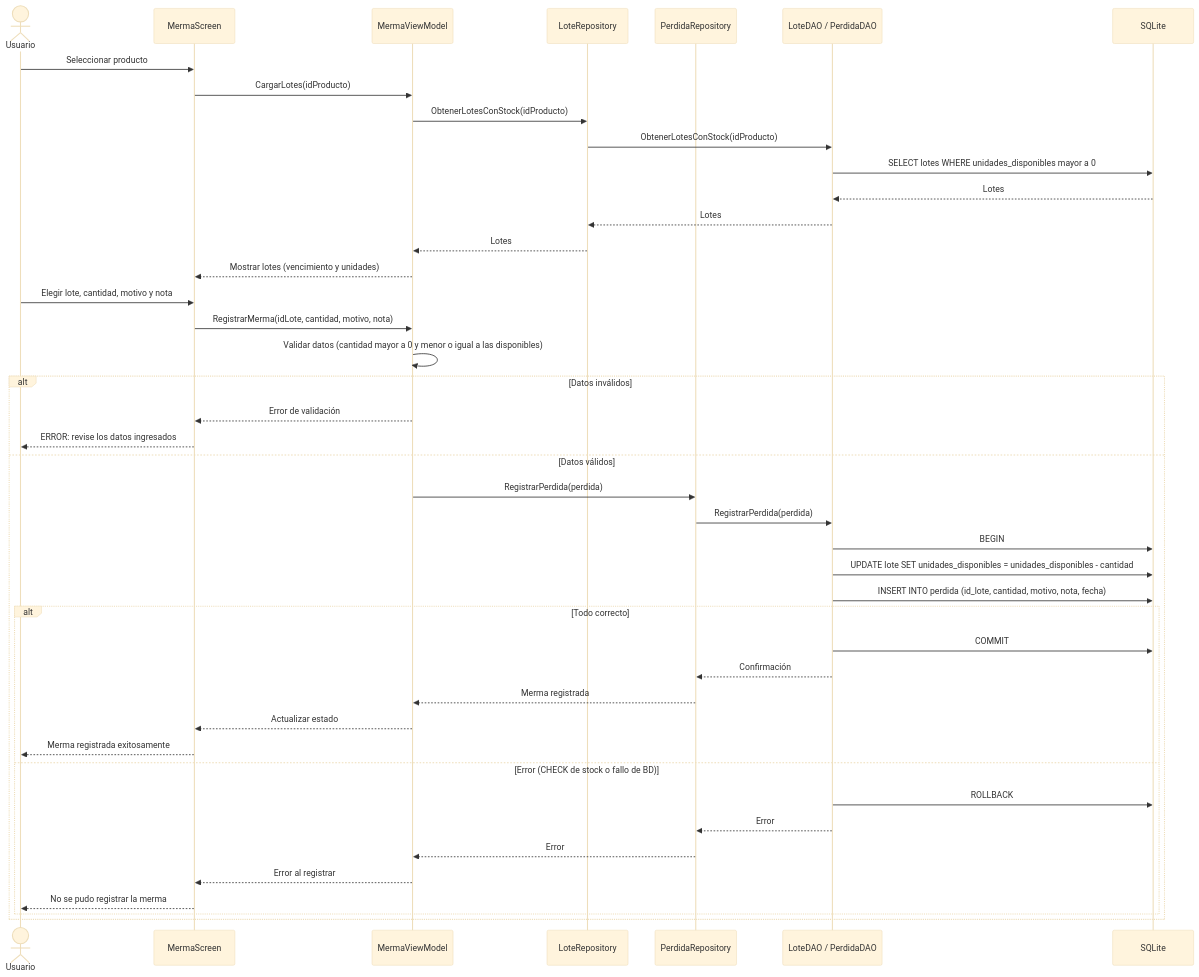
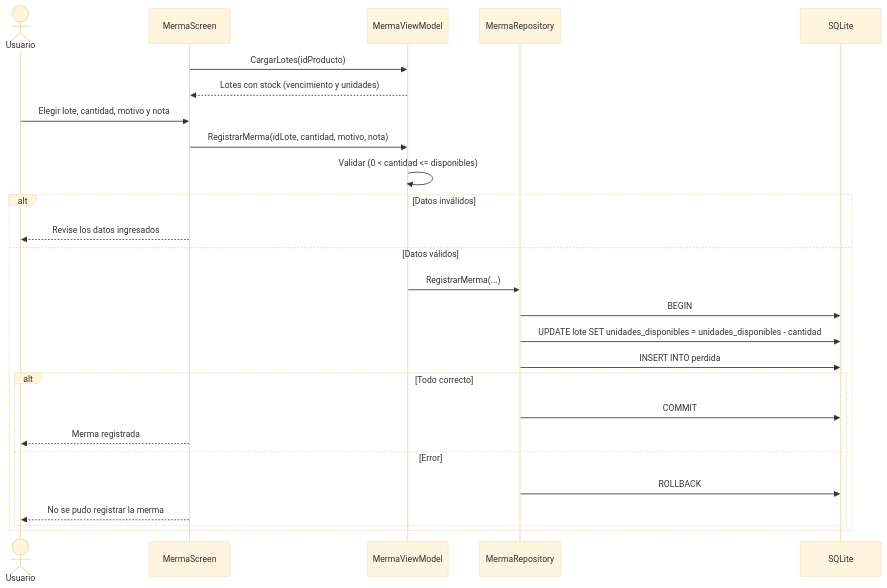
One commit to CokkeDev/Mi-Negocio changed the sixth of 6 diagrams in README.md. Above: the diagram before and after it, drawn with Mermaid (base theme). The commit also changed other lines of this file and 7 other files, not shown here.

````diff
--- a/README.md
+++ b/README.md
@@ -285,49 +293,29 @@
 ```mermaid
 sequenceDiagram
     actor Usuario
     participant View as MermaScreen
     participant VM as MermaViewModel
-    participant LRepo as LoteRepository
-    participant PRepo as PerdidaRepository
-    participant DAO as LoteDAO / PerdidaDAO
+    participant Repo as MermaRepository
     participant DB as SQLite
 
-    Usuario->>View: Seleccionar producto
     View->>VM: CargarLotes(idProducto)
-    VM->>LRepo: ObtenerLotesConStock(idProducto)
-    LRepo->>DAO: ObtenerLotesConStock(idProducto)
-    DAO->>DB: SELECT lotes WHERE unidades_disponibles mayor a 0
-    DB-->>DAO: Lotes
-    DAO-->>LRepo: Lotes
-    LRepo-->>VM: Lotes
-    VM-->>View: Mostrar lotes (vencimiento y unidades)
-
+    VM-->>View: Lotes con stock (vencimiento y unidades)
     Usuario->>View: Elegir lote, cantidad, motivo y nota
     View->>VM: RegistrarMerma(idLote, cantidad, motivo, nota)
-    VM->>VM: Validar datos (cantidad mayor a 0 y menor o igual a las disponibles)
-
+    VM->>VM: Validar (0 < cantidad <= disponibles)
     alt Datos inválidos
-        VM-->>View: Error de validación
-        View-->>Usuario: ERROR: revise los datos ingresados
+        View-->>Usuario: Revise los datos ingresados
     else Datos válidos
-        VM->>PRepo: RegistrarPerdida(perdida)
-        PRepo->>DAO: RegistrarPerdida(perdida)
-        DAO->>DB: BEGIN
-        DAO->>DB: UPDATE lote SET unidades_disponibles = unidades_disponibles - cantidad
-        DAO->>DB: INSERT INTO perdida (id_lote, cantidad, motivo, nota, fecha)
-
+        VM->>Repo: RegistrarMerma(...)
+        Repo->>DB: BEGIN
+        Repo->>DB: UPDATE lote SET unidades_disponibles = unidades_disponibles - cantidad
+        Repo->>DB: INSERT INTO perdida
         alt Todo correcto
-            DAO->>DB: COMMIT
-            DAO-->>PRepo: Confirmación
-            PRepo-->>VM: Merma registrada
-            VM-->>View: Actualizar estado
-            View-->>Usuario: Merma registrada exitosamente
-        else Error (CHECK de stock o fallo de BD)
-            DAO->>DB: ROLLBACK
-            DAO-->>PRepo: Error
-            PRepo-->>VM: Error
-            VM-->>View: Error al registrar
+            Repo->>DB: COMMIT
+            View-->>Usuario: Merma registrada
+        else Error
+            Repo->>DB: ROLLBACK
             View-->>Usuario: No se pudo registrar la merma
         end
     end
 ```
````
